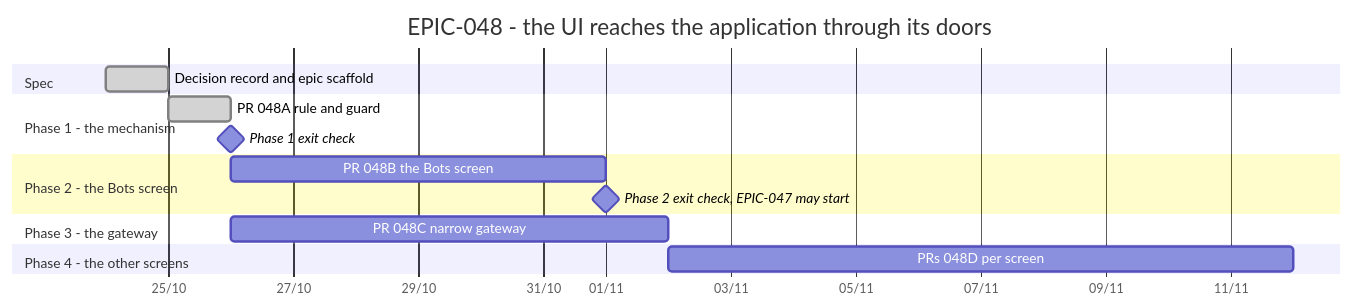
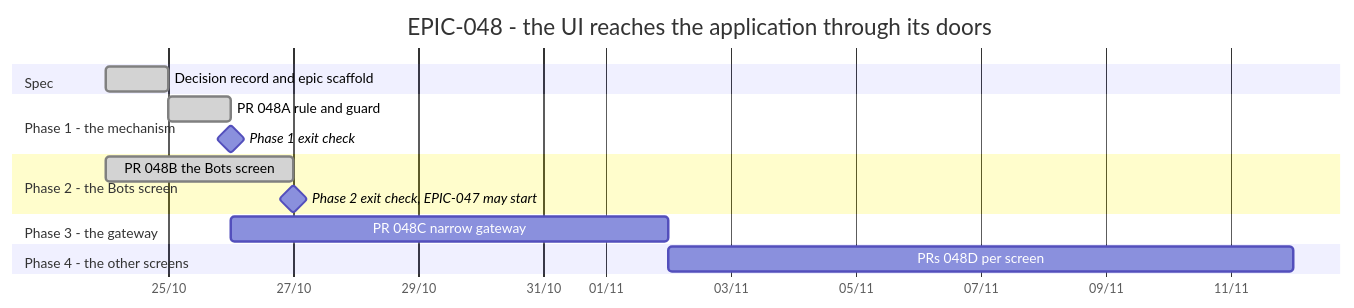
One commit to anhembedded/Sagittarius_Elite_Warrior changed the diagram in Tasks/epics/EPIC-048_ui_reaches_the_application_through_its_doors/TRACKING.md. Above: the diagram before and after it, drawn with Mermaid. The commit also changed other lines of this file and 59 other files, not shown here.

First line of the commit message:
refactor(bots): the Bots screen reaches the application only through its doors, second step (EPIC-048B) (#747)

````diff
--- a/Tasks/epics/EPIC-048_ui_reaches_the_application_through_its_doors/TRACKING.md
+++ b/Tasks/epics/EPIC-048_ui_reaches_the_application_through_its_doors/TRACKING.md
@@ -12,24 +12,24 @@
 ```mermaid
 gantt
     title EPIC-048 - the UI reaches the application through its doors
     dateFormat  YYYY-MM-DD
     axisFormat  %d/%m
     todayMarker stroke-width:2px,stroke:#d33,opacity:0.6
 
     section Spec
     Decision record and epic scaffold     :done,    s1, 2026-10-24, 1d
 
     section Phase 1 - the mechanism
     PR 048A rule and guard                :done,    p1, after s1, 1d
     Phase 1 exit check                    :milestone, m1, after p1, 0d
 
     section Phase 2 - the Bots screen
-    PR 048B the Bots screen               :         p2, after m1, 6d
+    PR 048B the Bots screen               :done,    p2, 2026-10-24, 2026-10-27
     Phase 2 exit check, EPIC-047 may start :milestone, m2, after p2, 0d
 
     section Phase 3 - the gateway
     PR 048C narrow gateway                :         p3, after m1, 7d
 
     section Phase 4 - the other screens
     PRs 048D per screen                   :         p4, after p3, 10d
 ```
````
